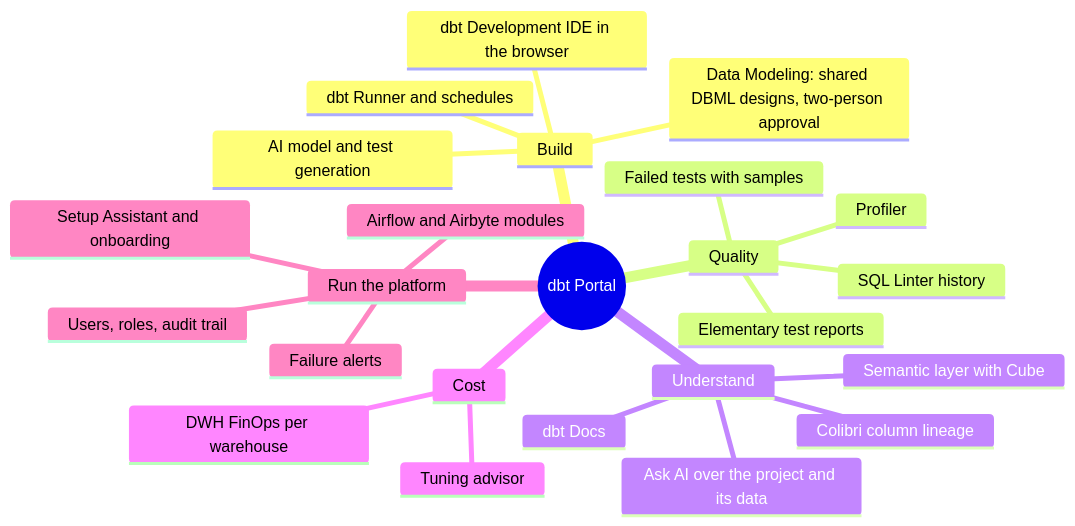
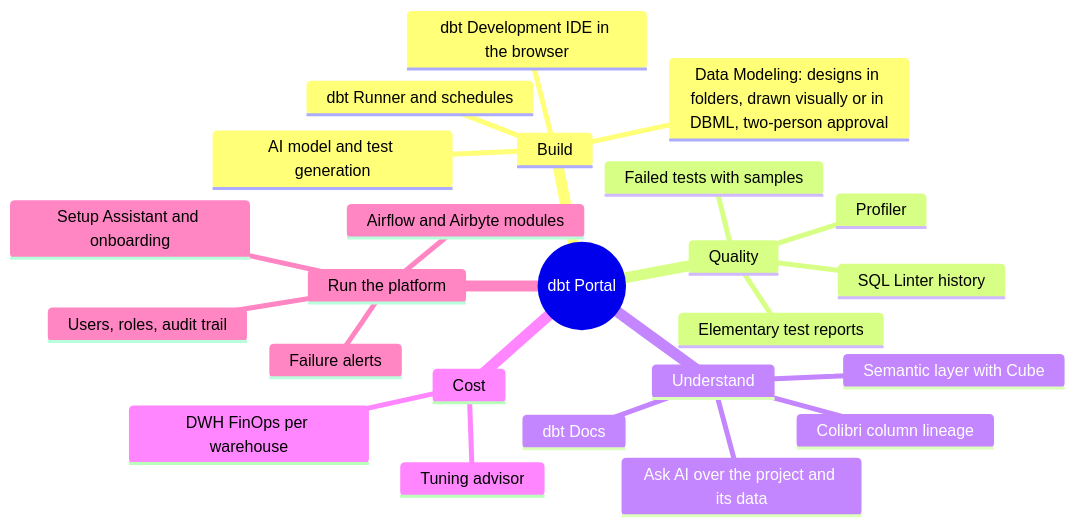
One commit to omaryehia015/capgemini-dbt-portal-deploy changed the first of 9 diagrams in docs/SYSTEM_GUIDE.md. Above: the diagram before and after it, drawn with Mermaid.

Commit message:
Docs: Data Modeling has folders and a visual editor
Designs are filed under folders and drawn visually or in DBML; the system guide's overview says so.

````diff
--- a/docs/SYSTEM_GUIDE.md
+++ b/docs/SYSTEM_GUIDE.md
@@ -24,27 +24,27 @@
 ```mermaid
 mindmap
   root((dbt Portal))
     Build
-      Data Modeling: shared DBML designs, two-person approval
+      Data Modeling: designs in folders, drawn visually or in DBML, two-person approval
       dbt Runner and schedules
       dbt Development IDE in the browser
       AI model and test generation
     Quality
       Elementary test reports
       Failed tests with samples
       SQL Linter history
       Profiler
     Understand
       dbt Docs
       Colibri column lineage
       Ask AI over the project and its data
       Semantic layer with Cube
     Cost
       DWH FinOps per warehouse
       Tuning advisor
     Run the platform
       Setup Assistant and onboarding
       Users, roles, audit trail
       Airflow and Airbyte modules
       Failure alerts
 ```
````
